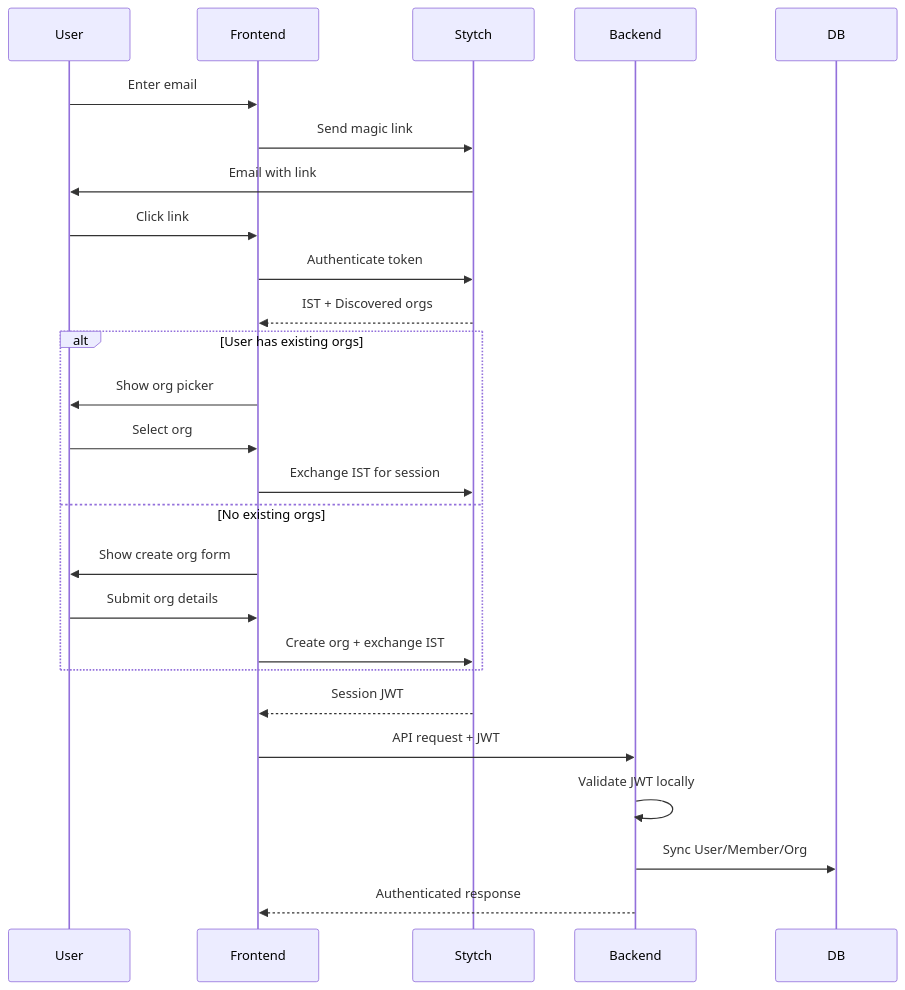
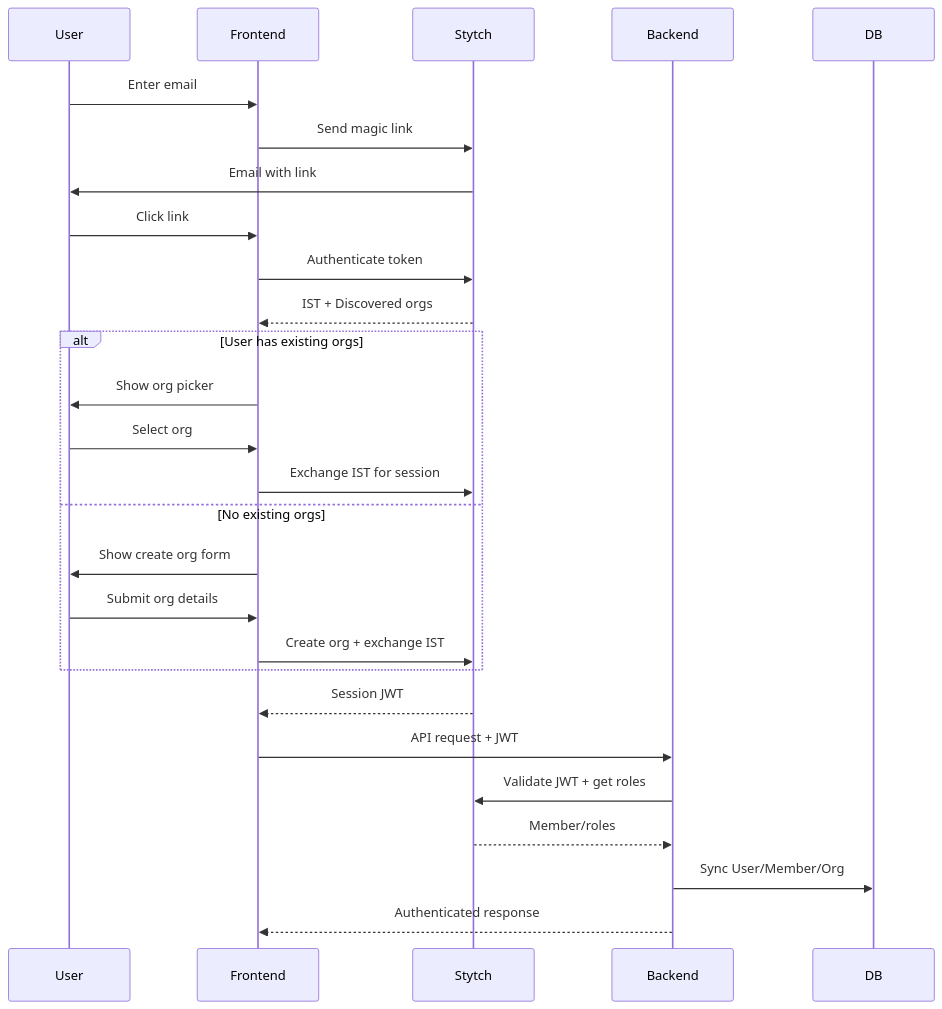
One commit to pikaia-dev/pikaia changed the first of 2 diagrams in docs/features/authentication.md. Above: the diagram before and after it, drawn with Mermaid. The commit also changed other lines of this file and 2 other files, not shown here.

Commit message:
docs: fix inaccurate JWT validation claims and add SVG security info
- architecture/overview.md: Fix diagram - middleware calls Stytch API
- authentication.md: Fix diagram + add note explaining API validation
- media-uploads.md: Add SVG sanitization security section

````diff
--- a/docs/features/authentication.md
+++ b/docs/features/authentication.md
@@ -13,31 +13,32 @@
 ```mermaid
 sequenceDiagram
     participant User
     participant Frontend
     participant Stytch
     participant Backend
     participant DB
 
     User->>Frontend: Enter email
     Frontend->>Stytch: Send magic link
     Stytch->>User: Email with link
     User->>Frontend: Click link
     Frontend->>Stytch: Authenticate token
     Stytch-->>Frontend: IST + Discovered orgs
 
     alt User has existing orgs
         Frontend->>User: Show org picker
         User->>Frontend: Select org
         Frontend->>Stytch: Exchange IST for session
     else No existing orgs
         Frontend->>User: Show create org form
         User->>Frontend: Submit org details
         Frontend->>Stytch: Create org + exchange IST
     end
 
     Stytch-->>Frontend: Session JWT
     Frontend->>Backend: API request + JWT
-    Backend->>Backend: Validate JWT locally
+    Backend->>Stytch: Validate JWT + get roles
+    Stytch-->>Backend: Member/roles
     Backend->>DB: Sync User/Member/Org
     Backend-->>Frontend: Authenticated response
 ```
````
